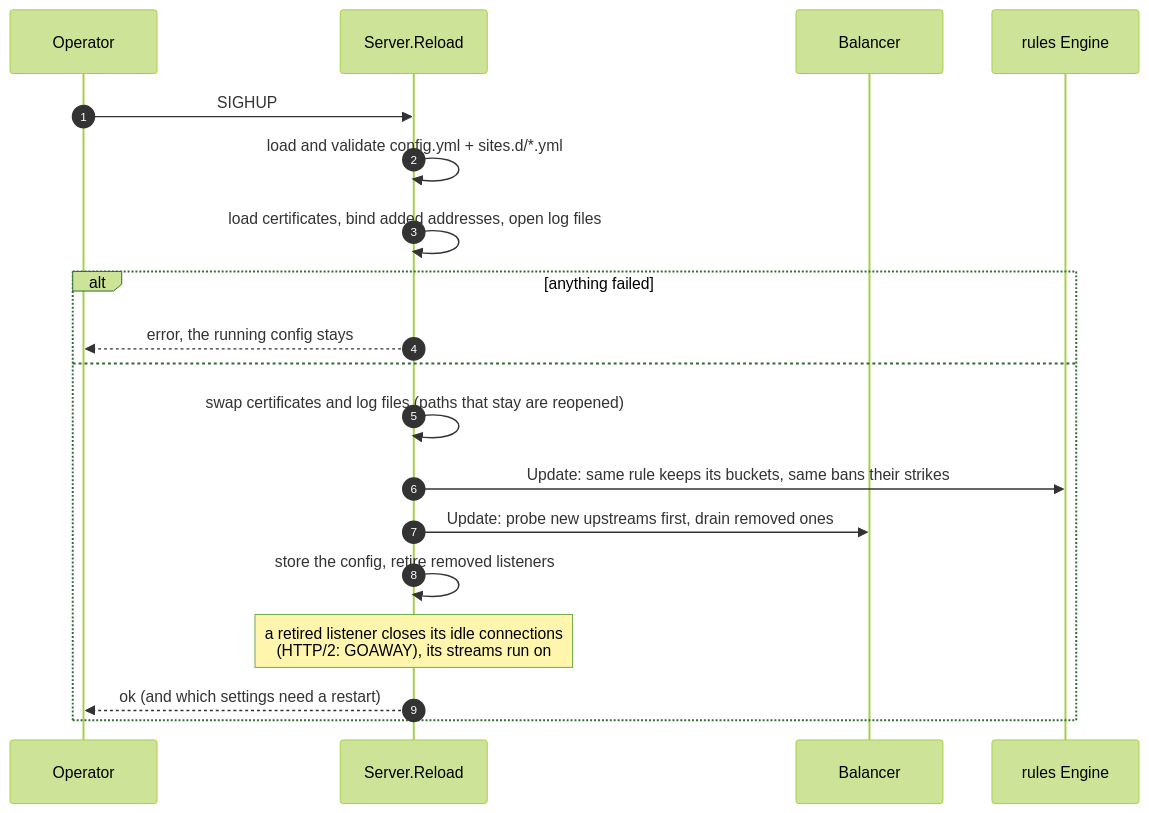
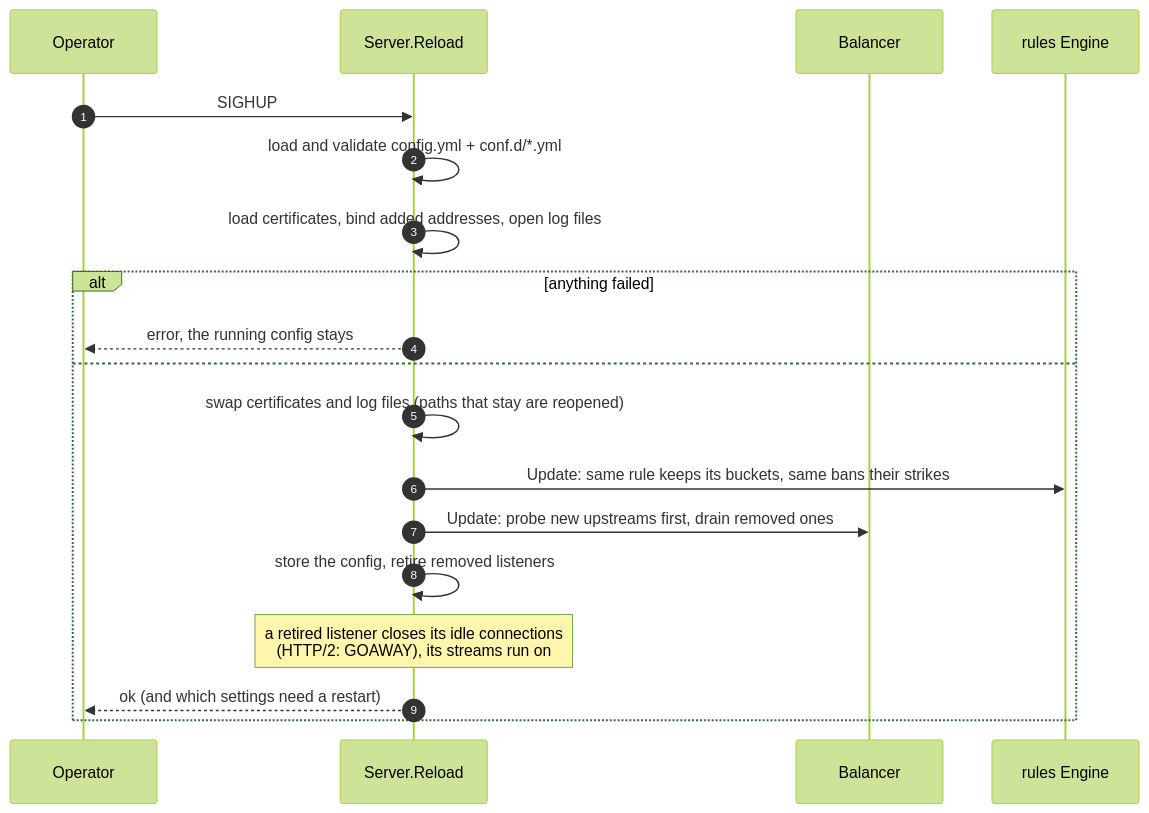
One commit to binwiederhier/ntlb changed the tenth of 16 diagrams in docs/architecture.md. Above: the diagram before and after it, drawn with Mermaid (forest theme). The commit also changed 18 other files, not shown here.

Commit message:
Ship a generic config without sites, move the ntfy setup to examples/, rename packaging/ to pkg/ and sites.d/ to conf.d/

````diff
--- a/docs/architecture.md
+++ b/docs/architecture.md
@@ -342,21 +342,21 @@
 ```mermaid
 sequenceDiagram
     autonumber
     participant O as Operator
     participant S as Server.Reload
     participant B as Balancer
     participant R as rules Engine
     O->>S: SIGHUP
-    S->>S: load and validate config.yml + sites.d/*.yml
+    S->>S: load and validate config.yml + conf.d/*.yml
     S->>S: load certificates, bind added addresses, open log files
     alt anything failed
         S-->>O: error, the running config stays
     else
         S->>S: swap certificates and log files (paths that stay are reopened)
         S->>R: Update: same rule keeps its buckets, same bans their strikes
         S->>B: Update: probe new upstreams first, drain removed ones
         S->>S: store the config, retire removed listeners
         Note over S: a retired listener closes its idle connections<br/>(HTTP/2: GOAWAY), its streams run on
         S-->>O: ok (and which settings need a restart)
     end
 ```
````
